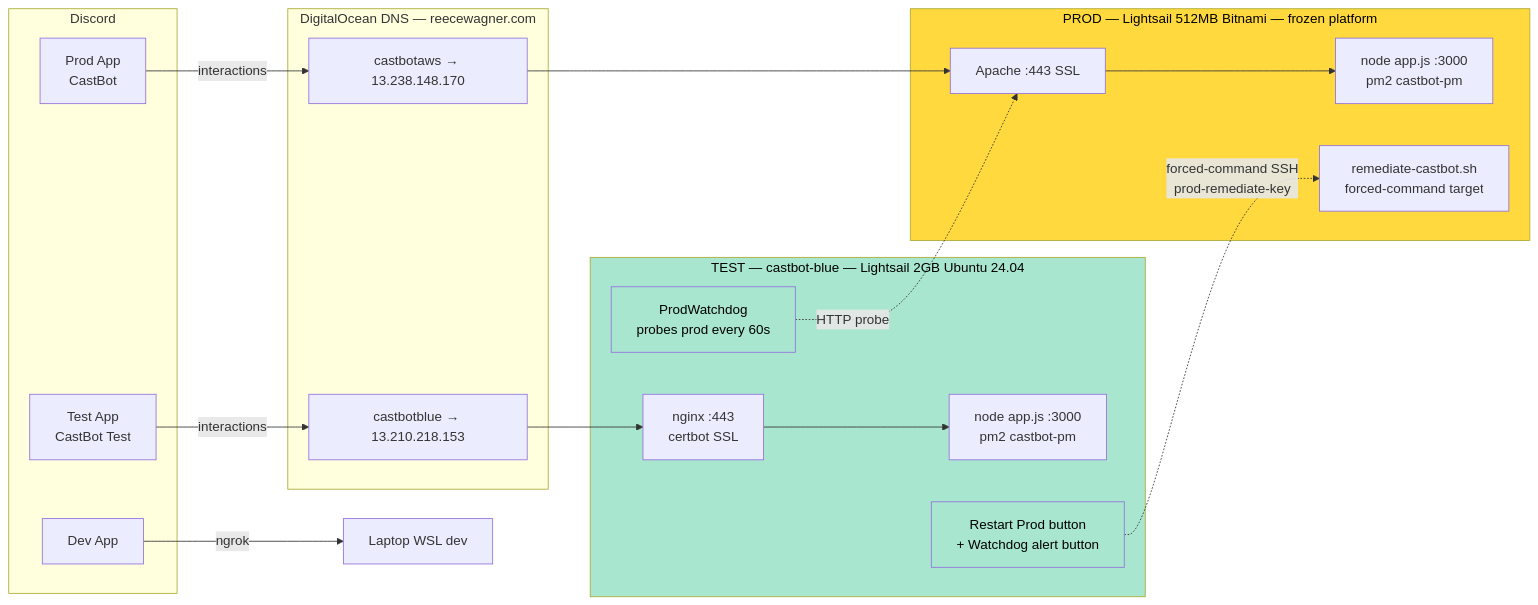
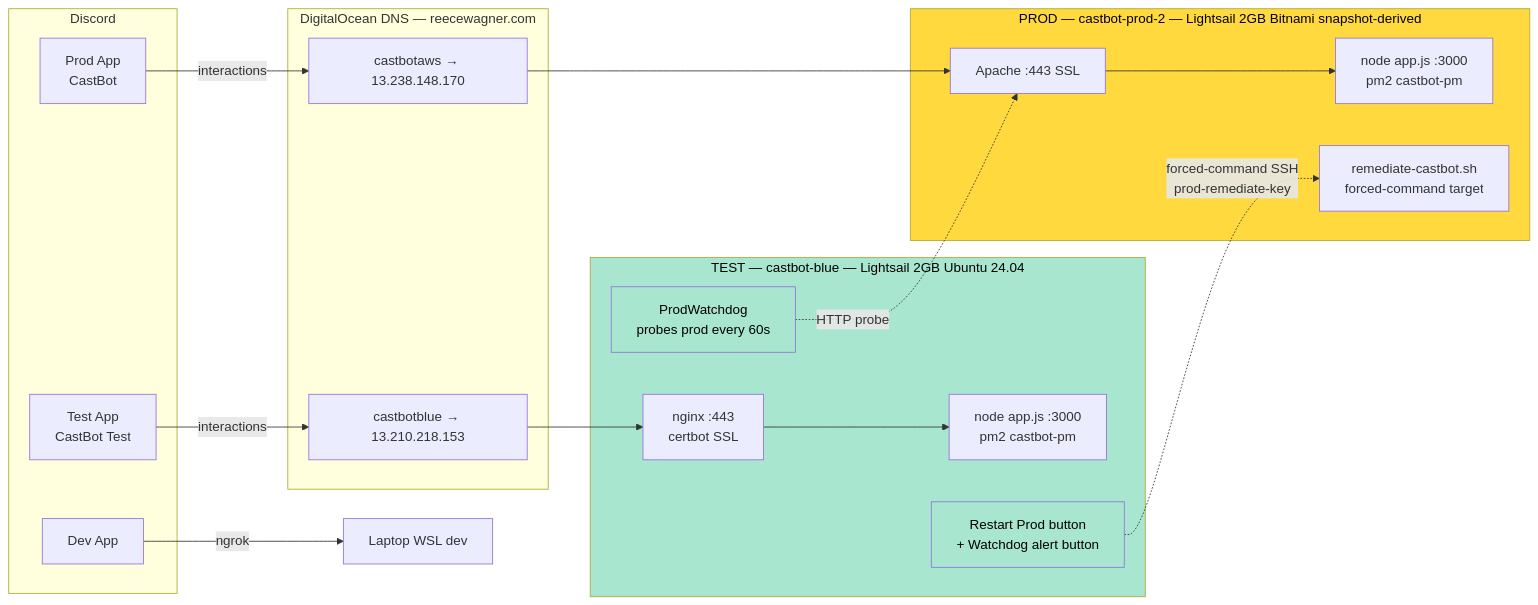
The diagram in docs/03-features/TestInstanceBlueGreen.md (extremedonkey/castbot), drawn with Mermaid before and after one commit. The commit also changed other lines of this file and 14 other files, not shown here.

````diff
--- a/docs/03-features/TestInstanceBlueGreen.md
+++ b/docs/03-features/TestInstanceBlueGreen.md
@@ -46,35 +46,35 @@
 ```mermaid
 flowchart LR
     subgraph Discord
         ProdApp[Prod App<br/>CastBot]
         TestApp[Test App<br/>CastBot Test]
         DevApp[Dev App]
     end
 
     subgraph DNS [DigitalOcean DNS — reecewagner.com]
         ARec1[castbotaws → 13.238.148.170]
         ARec2[castbotblue → 13.210.218.153]
     end
 
-    subgraph ProdBox [PROD — Lightsail 512MB Bitnami — frozen platform]
+    subgraph ProdBox [PROD — castbot-prod-2 — Lightsail 2GB Bitnami snapshot-derived]
         Apache[Apache :443 SSL] --> NodeP[node app.js :3000<br/>pm2 castbot-pm]
         Remediate[remediate-castbot.sh<br/>forced-command target]
     end
 
     subgraph TestBox [TEST — castbot-blue — Lightsail 2GB Ubuntu 24.04]
         Nginx[nginx :443<br/>certbot SSL] --> NodeT[node app.js :3000<br/>pm2 castbot-pm]
         Watchdog[ProdWatchdog<br/>probes prod every 60s]
         RestartBtn[Restart Prod button<br/>+ Watchdog alert button]
     end
 
     ProdApp -->|interactions| ARec1 --> Apache
     TestApp -->|interactions| ARec2 --> Nginx
     DevApp -->|ngrok| Laptop[Laptop WSL dev]
     Watchdog -.->|HTTP probe| Apache
     RestartBtn -.->|forced-command SSH<br/>prod-remediate-key| Remediate
 
     style ProdBox fill:#ffd93d,color:#000
     style TestBox fill:#a8e6cf,color:#000
     style RestartBtn fill:#a8e6cf,color:#000
     style Watchdog fill:#a8e6cf,color:#000
 ```
````
